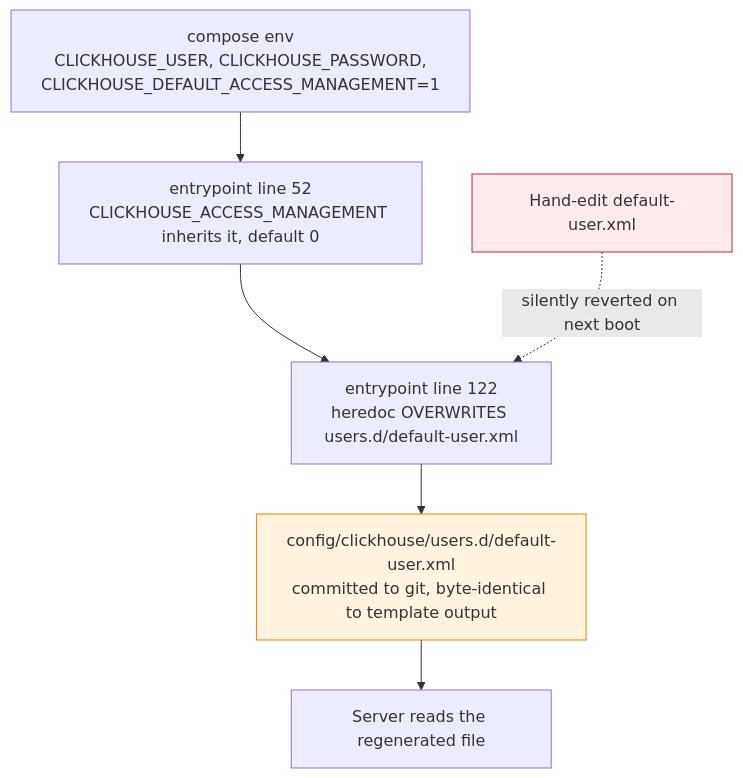
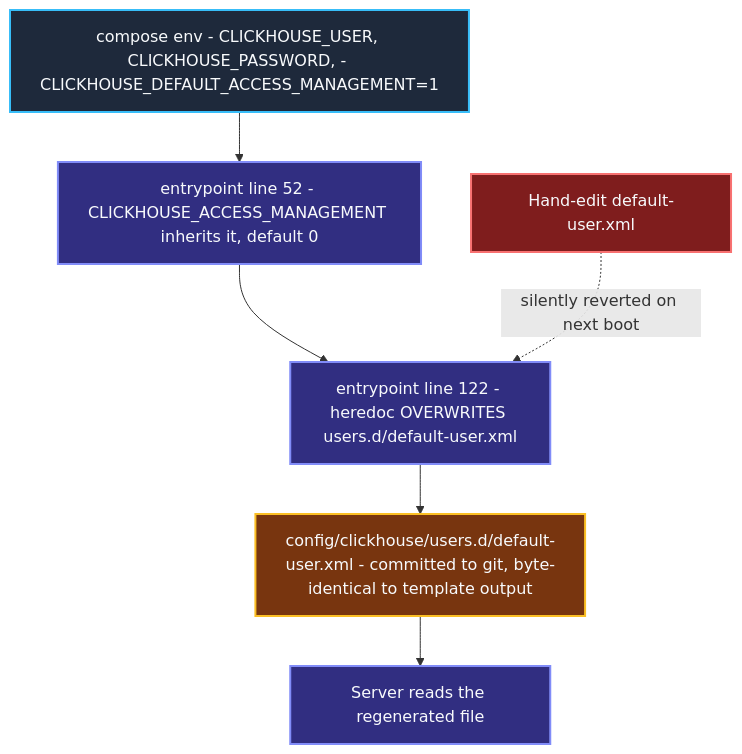
One commit to Chief-Strategist-J/llm-obs-infra changed diagram 11 of 17 in docs/configDoc/clickhouse-configuration-guide.md. Above: the diagram before and after it, drawn with Mermaid. The commit also changed other lines of this file, not shown here.

First line of the commit message:
fix(clickhouse-docs): repair Mermaid rendering, colour all diagrams, strip pseudocode comments

````diff
--- a/docs/configDoc/clickhouse-configuration-guide.md
+++ b/docs/configDoc/clickhouse-configuration-guide.md
@@ -1093,12 +1196,16 @@
 ```mermaid
 graph TD
-    E1["compose env<br/>CLICKHOUSE_USER, CLICKHOUSE_PASSWORD,<br/>CLICKHOUSE_DEFAULT_ACCESS_MANAGEMENT=1"] --> E2["entrypoint line 52<br/>CLICKHOUSE_ACCESS_MANAGEMENT inherits it, default 0"]
-    E2 --> E3["entrypoint line 122<br/>heredoc OVERWRITES users.d/default-user.xml"]
-    E3 --> E4["config/clickhouse/users.d/default-user.xml<br/>committed to git, byte-identical to template output"]
+    E1["compose env - CLICKHOUSE_USER, CLICKHOUSE_PASSWORD, - CLICKHOUSE_DEFAULT_ACCESS_MANAGEMENT=1"] --> E2["entrypoint line 52 - CLICKHOUSE_ACCESS_MANAGEMENT inherits it, default 0"]
+    E2 --> E3["entrypoint line 122 - heredoc OVERWRITES users.d/default-user.xml"]
+    E3 --> E4["config/clickhouse/users.d/default-user.xml - committed to git, byte-identical to template output"]
     E4 --> E5["Server reads the regenerated file"]
 
     H1["Hand-edit default-user.xml"] -.->|silently reverted on next boot| E3
 
-    style H1 fill:#ffebee,stroke:#c62828
-    style E4 fill:#fff3e0,stroke:#f57c00
+    style E1 fill:#1e293b,stroke:#38bdf8,stroke-width:2px,color:#f8fafc
+    style E2 fill:#312e81,stroke:#818cf8,stroke-width:2px,color:#f8fafc
+    style E3 fill:#312e81,stroke:#818cf8,stroke-width:2px,color:#f8fafc
+    style E5 fill:#312e81,stroke:#818cf8,stroke-width:2px,color:#f8fafc
+    style E4 fill:#78350f,stroke:#fbbf24,stroke-width:2px,color:#f8fafc
+    style H1 fill:#7f1d1d,stroke:#f87171,stroke-width:2px,color:#f8fafc
 ```
````
